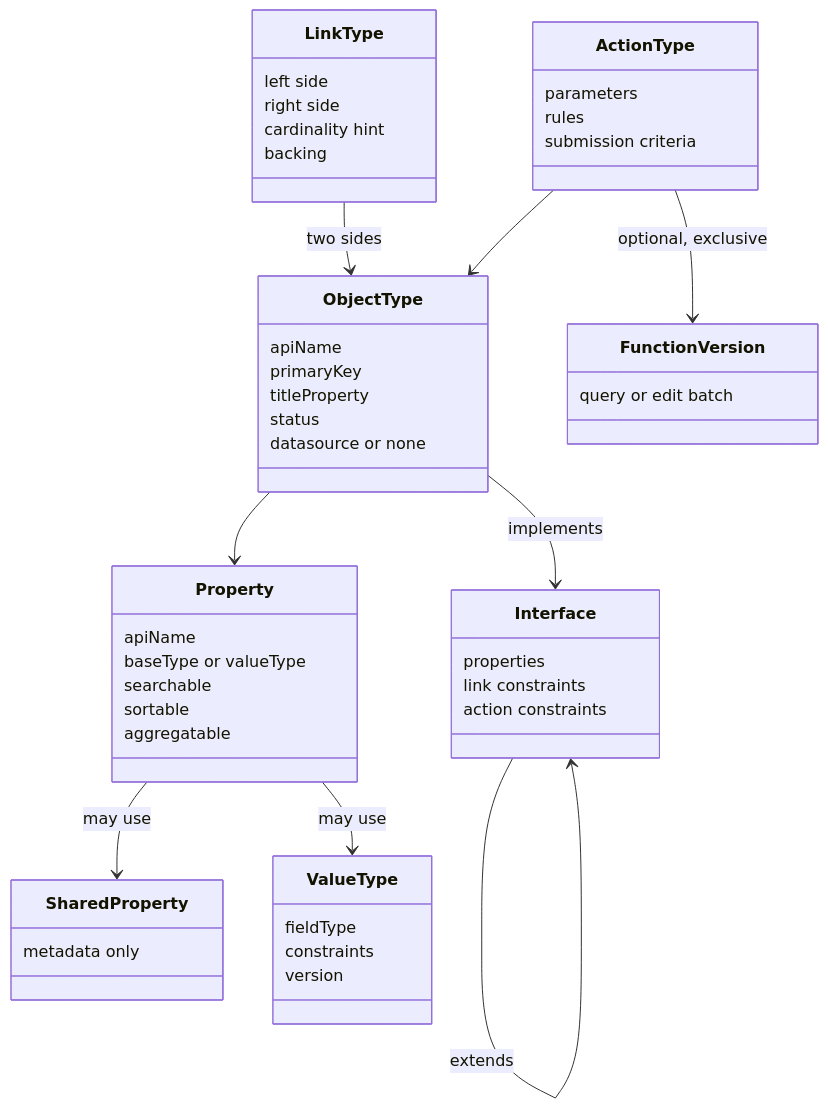
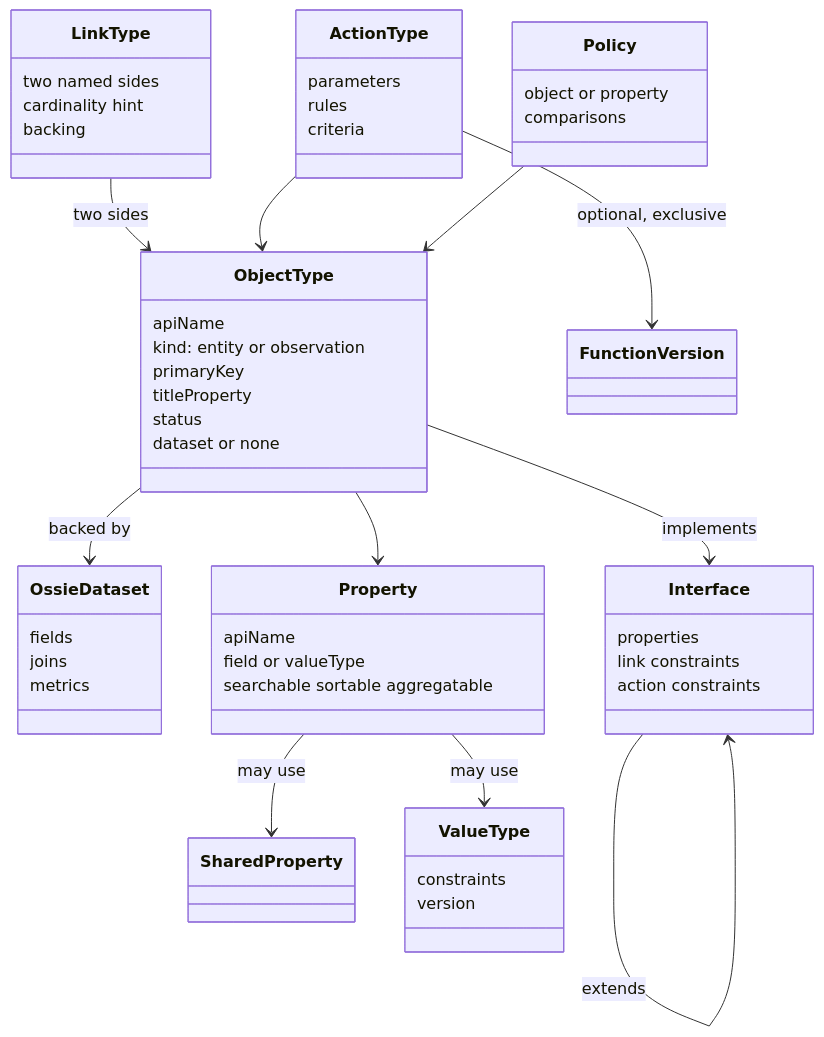
Before and after one commit to Christopheraburns/horus: the second of 4 diagrams in docs/ONTOLOGY_PLAN.md, drawn with Mermaid. The commit also changed other lines of this file and 1 other file, not shown here.

````diff
--- a/docs/ONTOLOGY_PLAN.md
+++ b/docs/ONTOLOGY_PLAN.md
@@ -139,53 +127,57 @@
 ```mermaid
 classDiagram
+  class OssieDataset {
+    fields
+    joins
+    metrics
+  }
   class ObjectType {
     apiName
+    kind: entity or observation
     primaryKey
     titleProperty
     status
-    datasource or none
+    dataset or none
   }
   class Property {
     apiName
-    baseType or valueType
-    searchable
-    sortable
-    aggregatable
+    field or valueType
+    searchable sortable aggregatable
   }
-  class SharedProperty {
-    metadata only
-  }
+  class SharedProperty
   class ValueType {
-    fieldType
     constraints
     version
   }
   class LinkType {
-    left side
-    right side
+    two named sides
     cardinality hint
     backing
   }
   class Interface {
     properties
     link constraints
     action constraints
   }
   class ActionType {
     parameters
     rules
-    submission criteria
+    criteria
   }
-  class FunctionVersion {
-    query or edit batch
+  class FunctionVersion
+  class Policy {
+    object or property
+    comparisons
   }
 
+  ObjectType --> OssieDataset : backed by
   ObjectType --> Property
   Property --> SharedProperty : may use
   Property --> ValueType : may use
   ObjectType --> Interface : implements
   Interface --> Interface : extends
   LinkType --> ObjectType : two sides
   ActionType --> ObjectType
   ActionType --> FunctionVersion : optional, exclusive
+  Policy --> ObjectType
 ```
````
